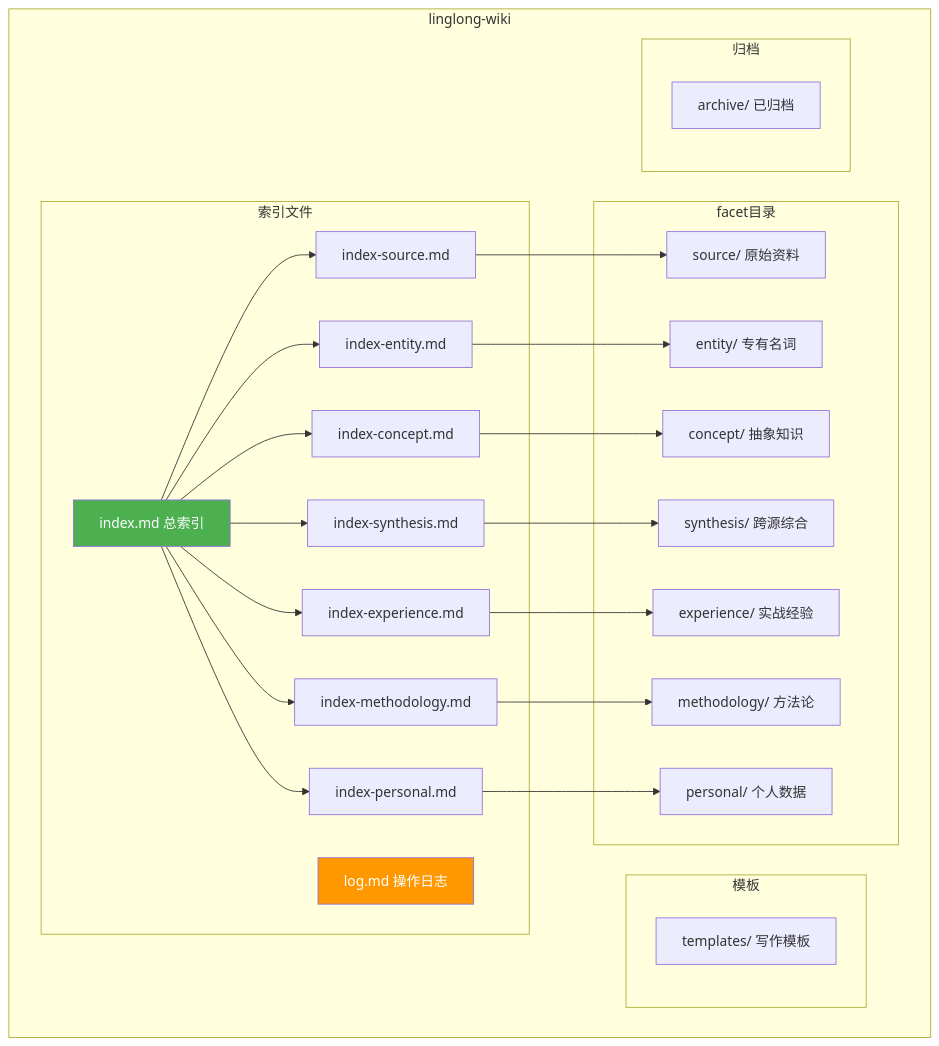
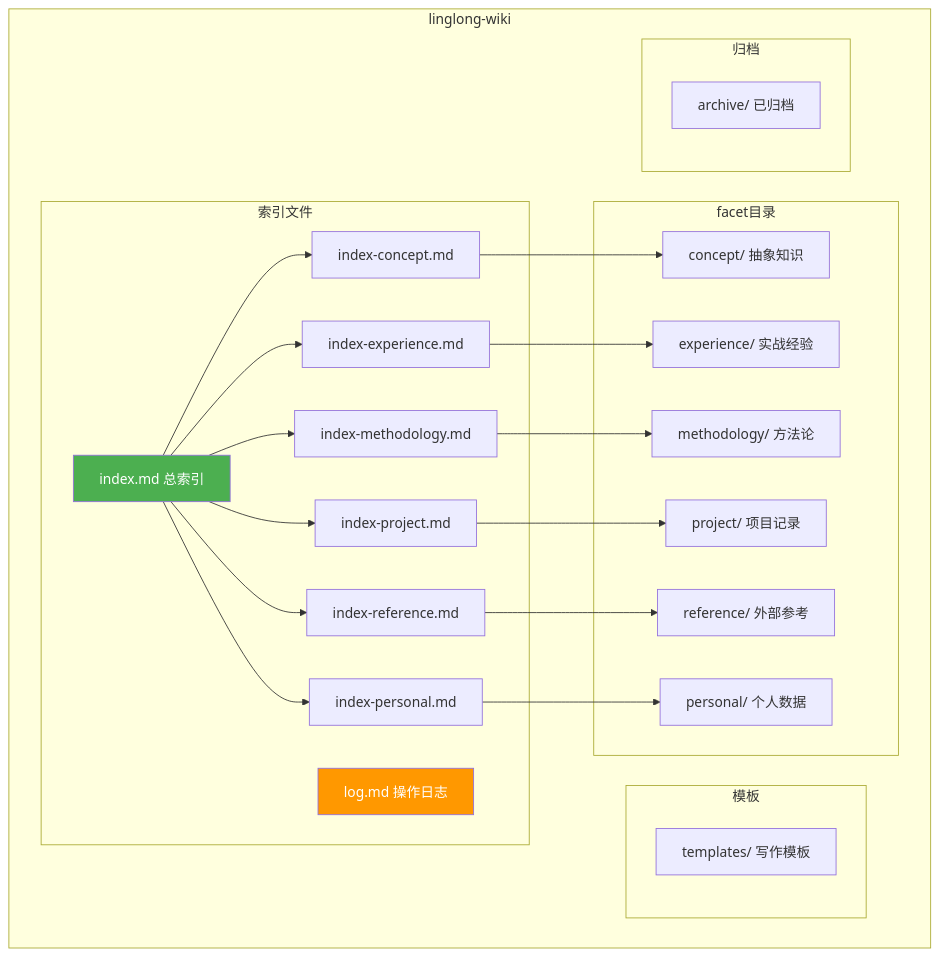
One commit to xinovate/linglong-knowledge changed the diagram in docs/knowledge/design/02-directory-structure.md. Above: the diagram before and after it, drawn with Mermaid. The commit also changed other lines of this file and 31 other files, not shown here.

````diff
--- a/docs/knowledge/design/02-directory-structure.md
+++ b/docs/knowledge/design/02-directory-structure.md
@@ -16,52 +16,48 @@
 ```mermaid
 graph TD
     subgraph linglong-wiki
         subgraph 索引文件
             IDX[index.md 总索引]
-            IDX_S[index-source.md]
-            IDX_E[index-entity.md]
             IDX_C[index-concept.md]
-            IDX_SY[index-synthesis.md]
             IDX_EX[index-experience.md]
             IDX_M[index-methodology.md]
-            IDX_P[index-personal.md]
+            IDX_PJ[index-project.md]
+            IDX_R[index-reference.md]
+            IDX_PE[index-personal.md]
             LOG[log.md 操作日志]
         end
 
         subgraph facet目录
-            SRC[source/ 原始资料]
-            ENT[entity/ 专有名词]
             CON[concept/ 抽象知识]
-            SYN[synthesis/ 跨源综合]
             EXP[experience/ 实战经验]
             MET[methodology/ 方法论]
+            PRJ[project/ 项目记录]
+            REF[reference/ 外部参考]
             PER[personal/ 个人数据]
         end
 
         subgraph 模板
             TPL[templates/ 写作模板]
         end
 
         subgraph 归档
             ARC[archive/ 已归档]
         end
     end
 
-    IDX --> IDX_S
-    IDX --> IDX_E
     IDX --> IDX_C
-    IDX --> IDX_SY
     IDX --> IDX_EX
     IDX --> IDX_M
-    IDX --> IDX_P
-    IDX_S --> SRC
-    IDX_E --> ENT
+    IDX --> IDX_PJ
+    IDX --> IDX_R
+    IDX --> IDX_PE
     IDX_C --> CON
-    IDX_SY --> SYN
     IDX_EX --> EXP
     IDX_M --> MET
-    IDX_P --> PER
+    IDX_PJ --> PRJ
+    IDX_R --> REF
+    IDX_PE --> PER
 
     style IDX fill:#4CAF50,color:#fff
     style LOG fill:#FF9800,color:#fff
 ```
````
